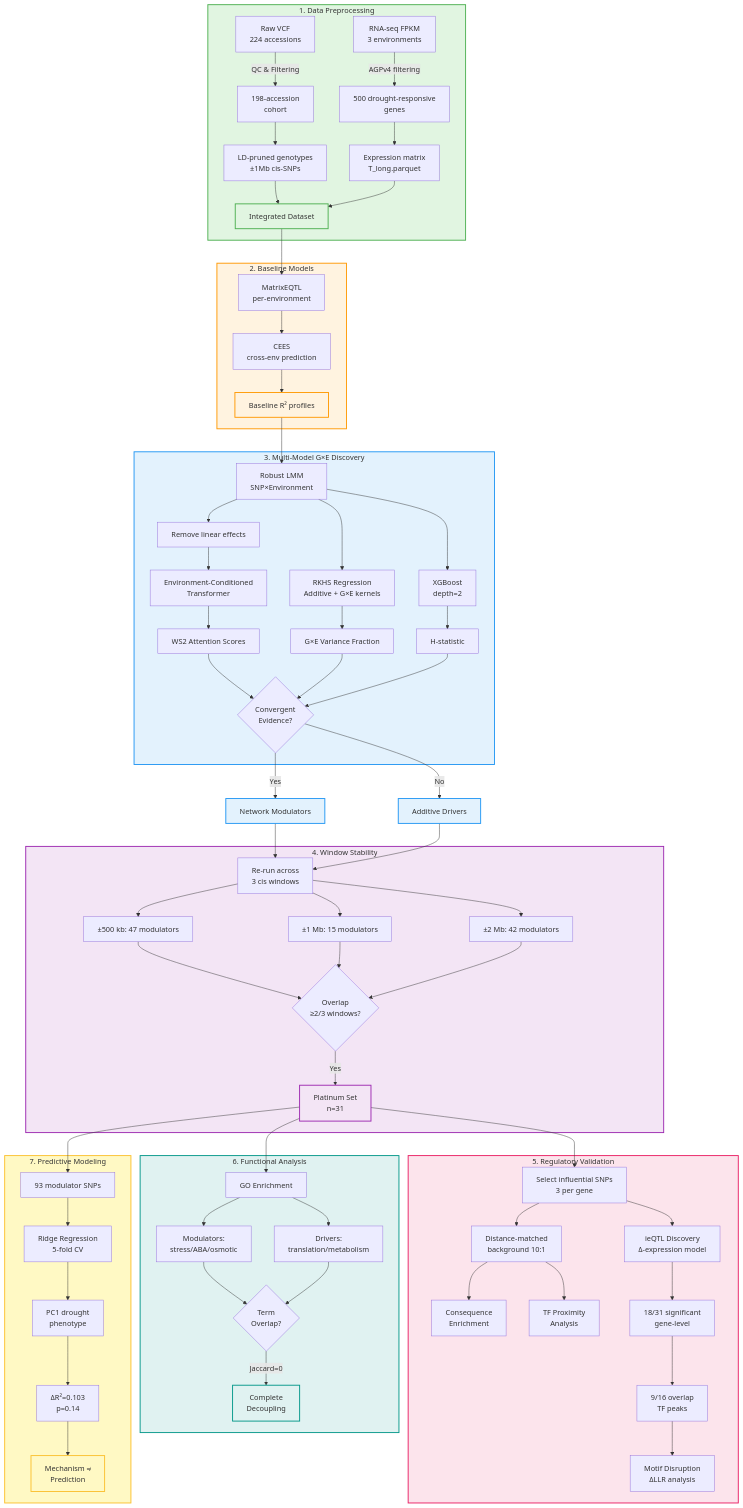
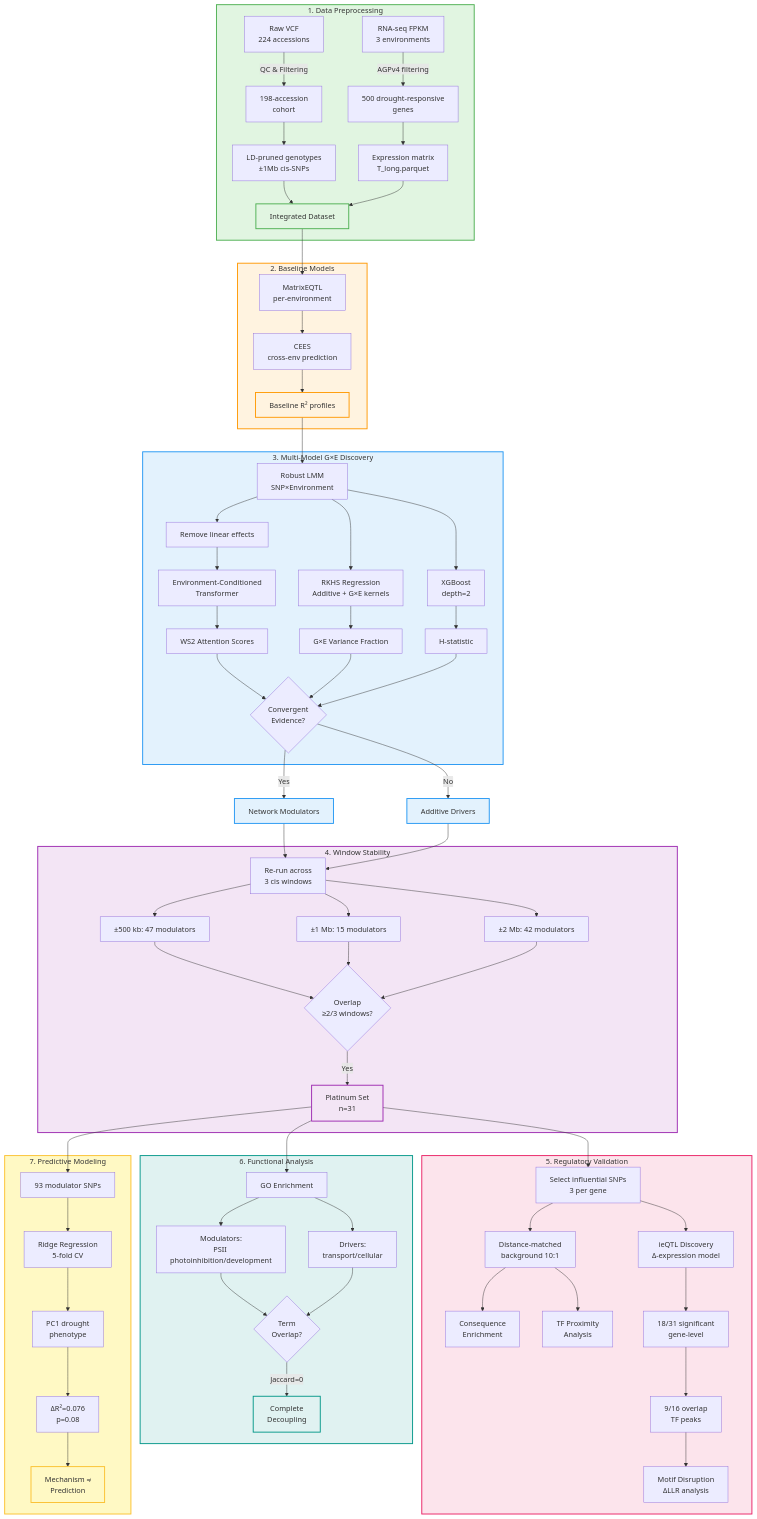
The diagram in README.md (shoaibms/post-gwas), drawn with Mermaid before and after one commit. The commit also changed other lines of this file, not shown here.

```diff
--- a/README.md
+++ b/README.md
@@ -146,8 +146,8 @@
     U --> AB
     
     subgraph Functional["6. Functional Analysis"]
-        AB[GO Enrichment] --> AC1[Modulators:<br/>stress/ABA/osmotic]
-        AB --> AC2[Drivers:<br/>translation/metabolism]
+        AB[GO Enrichment] --> AC1[Modulators:<br/>PSII photoinhibition/development]
+        AB --> AC2[Drivers:<br/>transport/cellular]
         AC1 --> AD{Term<br/>Overlap?}
         AC2 --> AD
         AD -->|Jaccard=0| AE[Complete<br/>Decoupling]
@@ -158,7 +158,7 @@
     subgraph Prediction["7. Predictive Modeling"]
         AF[93 modulator SNPs] --> AG[Ridge Regression<br/>5-fold CV]
         AG --> AH[PC1 drought<br/>phenotype]
-        AH --> AI[ΔR²=0.103<br/>p=0.14]
+        AH --> AI[ΔR²=0.076<br/>p=0.08]
         AI --> AJ[Mechanism ≠<br/>Prediction]
     end
     
```
